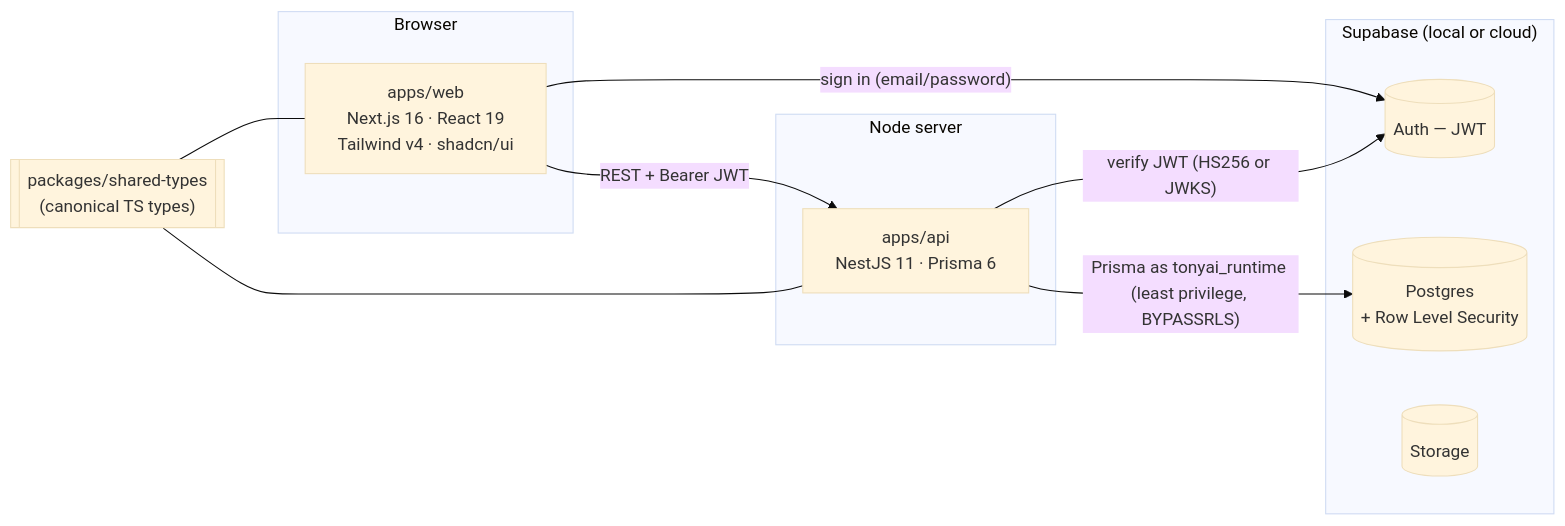
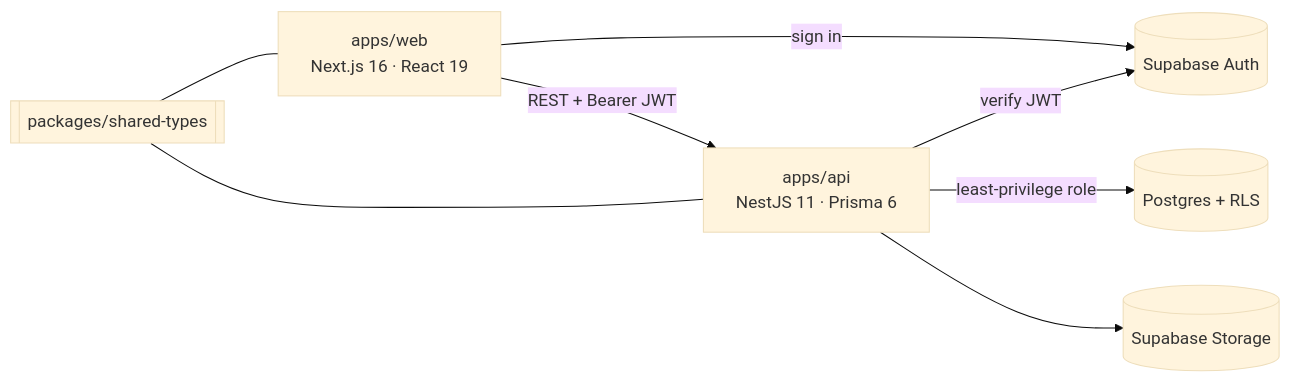
One commit to tonyaiukco/TonyAI-mono-repo changed the diagram in README.md. Above: the diagram before and after it, drawn with Mermaid (base theme). The commit also changed other lines of this file and 2 other files, not shown here.

First line of the commit message:
docs(readme): rewrite README.md as an entry-level overview

````diff
--- a/README.md
+++ b/README.md
@@ -63,25 +70,10 @@
 ```mermaid
 flowchart LR
-  subgraph Browser
-    Web["apps/web<br/>Next.js 16 · React 19<br/>Tailwind v4 · shadcn/ui"]
-  end
-
-  subgraph "Node server"
-    API["apps/api<br/>NestJS 11 · Prisma 6"]
-  end
-
-  subgraph Supabase["Supabase (local or cloud)"]
-    Auth[("Auth — JWT")]
-    DB[("Postgres<br/>+ Row Level Security")]
-    Storage[("Storage")]
-  end
-
-  Shared[["packages/shared-types<br/>(canonical TS types)"]]
-
-  Web -- "sign in (email/password)" --> Auth
-  Web -- "REST + Bearer JWT" --> API
-  API -- "verify JWT (HS256 or JWKS)" --> Auth
-  API -- "Prisma as tonyai_runtime (least privilege, BYPASSRLS)" --> DB
-  Shared --- Web
+  Web["apps/web<br/>Next.js 16 · React 19"] -- "REST + Bearer JWT" --> API["apps/api<br/>NestJS 11 · Prisma 6"]
+  Web -- "sign in" --> Auth[("Supabase Auth")]
+  API -- "verify JWT" --> Auth
+  API -- "least-privilege role" --> DB[("Postgres + RLS")]
+  API --> Storage[("Supabase Storage")]
+  Shared[["packages/shared-types"]] --- Web
   Shared --- API
 ```
````
